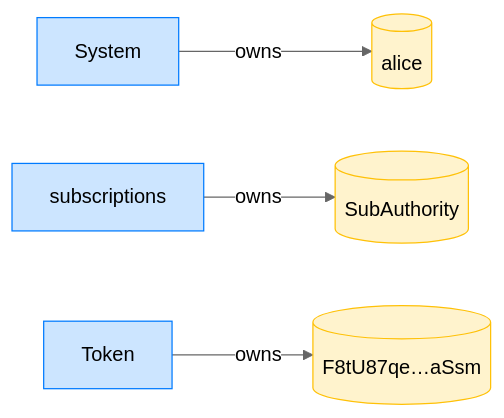
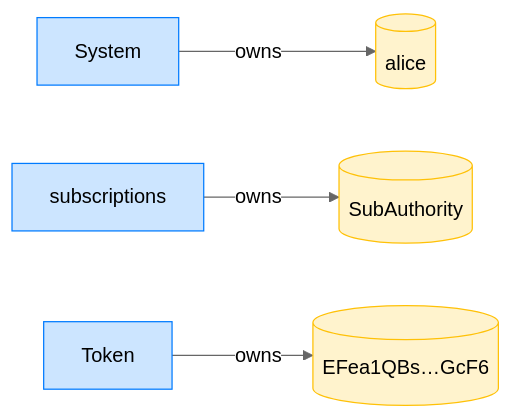
One commit to cds-rs/subscriptions changed the fourth of 12 diagrams in dsl_tests/resume-rejects-a-live-subscription.md. Above: the diagram before and after it, drawn with Mermaid (neutral theme). The commit also changed other lines of this file and 224 other files, not shown here.

````diff
--- a/dsl_tests/resume-rejects-a-live-subscription.md
+++ b/dsl_tests/resume-rejects-a-live-subscription.md
@@ -73,14 +78,14 @@
 ```mermaid
 flowchart LR
     classDef owner fill:#cce5ff,stroke:#007bff;
     classDef account fill:#fff3cd,stroke:#ffc107;
     System[System]:::owner
     alice[(alice)]:::account
     subscriptions[subscriptions]:::owner
     SubAuthority[(SubAuthority)]:::account
     Token[Token]:::owner
-    F8tU87qe_aSsm[("F8tU87qe…aSsm")]:::account
+    EFea1QBs_GcF6[("EFea1QBs…GcF6")]:::account
     System -->|owns| alice
     subscriptions -->|owns| SubAuthority
-    Token -->|owns| F8tU87qe_aSsm
+    Token -->|owns| EFea1QBs_GcF6
 ```
````
